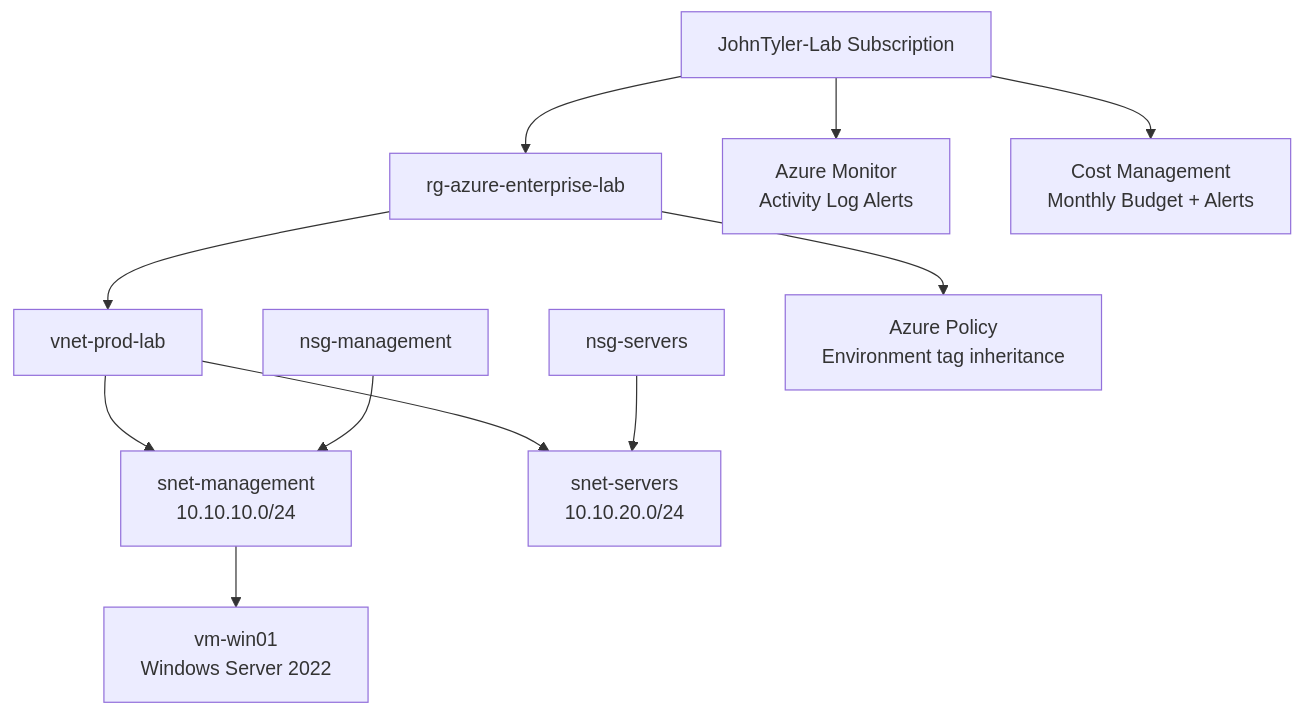
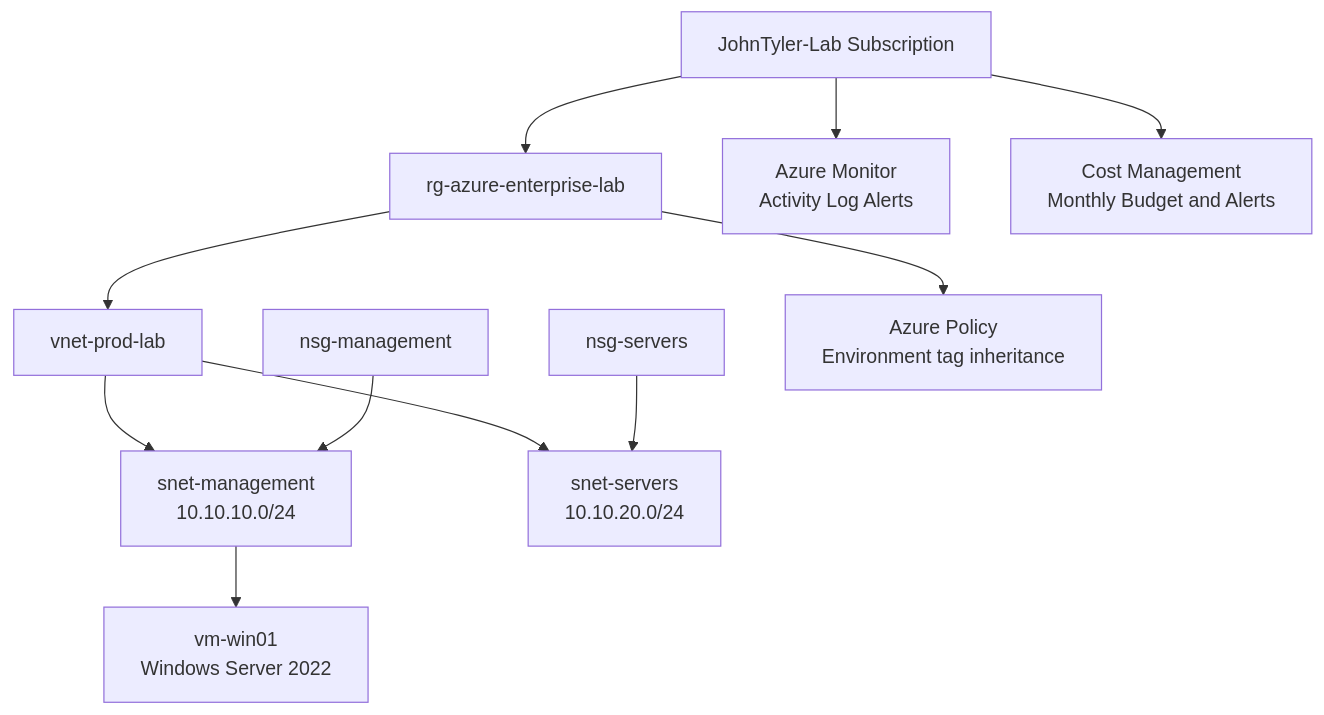
Before and after one commit to johninfra/azure-enterprise-administration-lab: the diagram in README.md, drawn with Mermaid.

Commit message:
Fix GitHub Mermaid architecture diagram rendering

````diff
--- a/README.md
+++ b/README.md
@@ -34,25 +34,25 @@
 ```mermaid
-flowchart TB
-    SUB[JohnTyler-Lab Subscription]
-    RG[rg-azure-enterprise-lab]
-    VNET[vnet-prod-lab]
-    MGMT[snet-management\n10.10.10.0/24]
-    SERV[snet-servers\n10.10.20.0/24]
-    NSGM[nsg-management]
-    NSGS[nsg-servers]
-    VM[vm-win01\nWindows Server 2022]
-    POLICY[Azure Policy\nEnvironment tag inheritance]
-    MON[Azure Monitor\nActivity Log Alerts]
-    COST[Cost Management\nMonthly Budget + Alerts]
+flowchart TD
+    SUB["JohnTyler-Lab Subscription"]
+    RG["rg-azure-enterprise-lab"]
+    VNET["vnet-prod-lab"]
+    MGMT["snet-management<br/>10.10.10.0/24"]
+    SERV["snet-servers<br/>10.10.20.0/24"]
+    NSGM["nsg-management"]
+    NSGS["nsg-servers"]
+    VM["vm-win01<br/>Windows Server 2022"]
+    POLICY["Azure Policy<br/>Environment tag inheritance"]
+    MON["Azure Monitor<br/>Activity Log Alerts"]
+    COST["Cost Management<br/>Monthly Budget and Alerts"]
 
     SUB --> RG
     RG --> VNET
     VNET --> MGMT
     VNET --> SERV
     NSGM --> MGMT
     NSGS --> SERV
     MGMT --> VM
     RG --> POLICY
     SUB --> MON
     SUB --> COST
 ```
````
